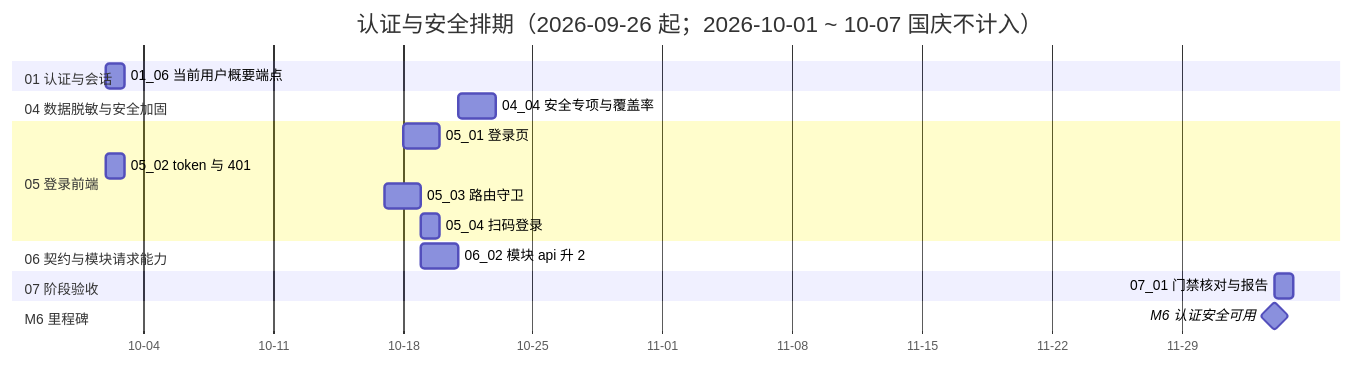
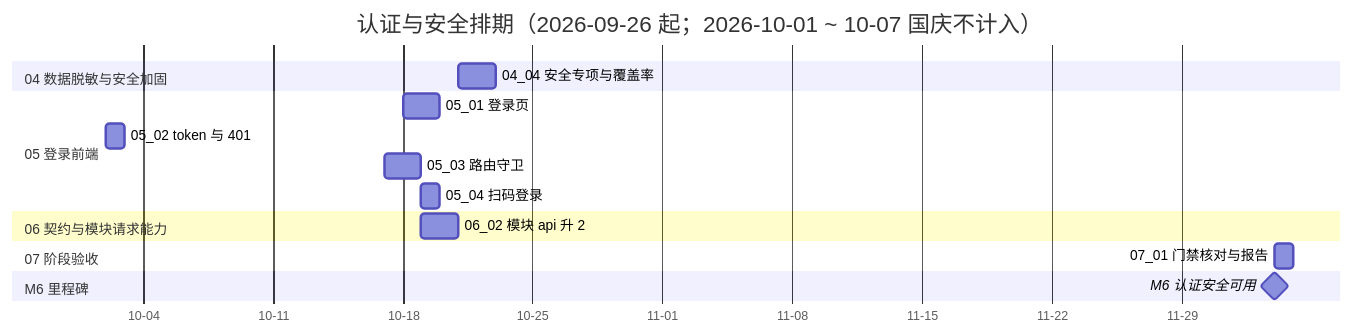
One commit to minjian123/basic-management-system changed the diagram in bms文档/项目/06_认证与安全/计划/01_计划_认证与安全.md. Above: the diagram before and after it, drawn with Mermaid. The commit also changed other lines of this file and 3 other files, not shown here.

````diff
--- a/bms文档/项目/06_认证与安全/计划/01_计划_认证与安全.md
+++ b/bms文档/项目/06_认证与安全/计划/01_计划_认证与安全.md
@@ -78,21 +79,19 @@
 ```mermaid
 gantt
     title 认证与安全排期（2026-09-26 起；2026-10-01 ~ 10-07 国庆不计入）
     dateFormat  YYYY-MM-DD
     axisFormat %m-%d
-    section 01 认证与会话
-    01_06 当前用户概要端点 :a6, 2026-10-02, 1d
     section 04 数据脱敏与安全加固
     04_04 安全专项与覆盖率 :d4, 2026-10-21, 2d
     section 05 登录前端
     05_01 登录页 :e1, 2026-10-18, 2d
     05_02 token 与 401 :e2, 2026-10-02, 1d
     05_03 路由守卫 :e3, 2026-10-17, 2d
     05_04 扫码登录 :e4, 2026-10-19, 1d
     section 06 契约与模块请求能力
     06_02 模块 api 升 2 :f2, 2026-10-19, 2d
     section 07 阶段验收
     07_01 门禁核对与报告 :g1, 2026-12-04, 1d
     section M6 里程碑
     M6 认证安全可用 :milestone, mm6, 2026-12-04, 0d
 ```
````
